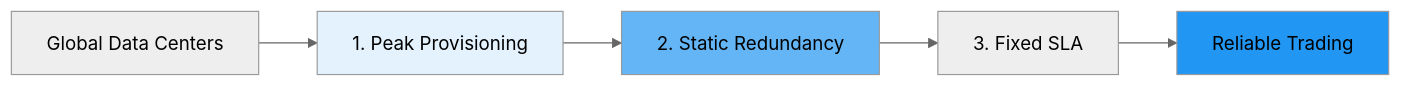
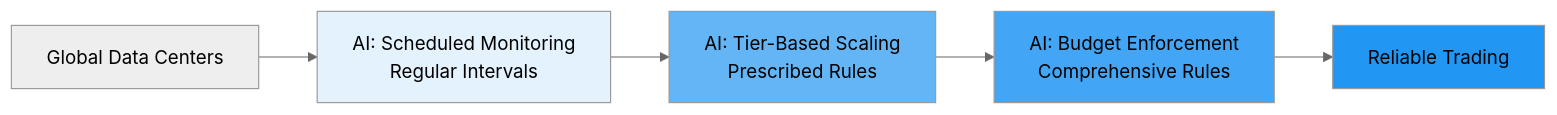
The third of 4 diagrams in debate_shortlisted_topics_slide_prep-topic4&6-usecase-set04-v4.md (whatevergeek/agentic_vs_deterministic), drawn with Mermaid (neutral theme) before and after one commit. The commit also changed other lines of this file, not shown here.

````diff
--- a/debate_shortlisted_topics_slide_prep-topic4&6-usecase-set04-v4.md
+++ b/debate_shortlisted_topics_slide_prep-topic4&6-usecase-set04-v4.md
@@ -122,11 +123,12 @@
 ```mermaid
 graph LR
-    A["Global Data Centers"] --> B["1. Peak Provisioning"]
-    B --> C["2. Static Redundancy"]
-    C --> D["3. Fixed SLA"]
+    A["Global Data Centers"] --> B["AI: Scheduled Monitoring<br/>Regular Intervals"]
+    B --> C["AI: Tier-Based Scaling<br/>Prescribed Rules"]
+    C --> D["AI: Budget Enforcement<br/>Comprehensive Rules"]
     D --> E["Reliable Trading"]
     
     style B fill:#e3f2fd
     style C fill:#64b5f6
+    style D fill:#42a5f5
     style E fill:#2196f3
 ```
````
